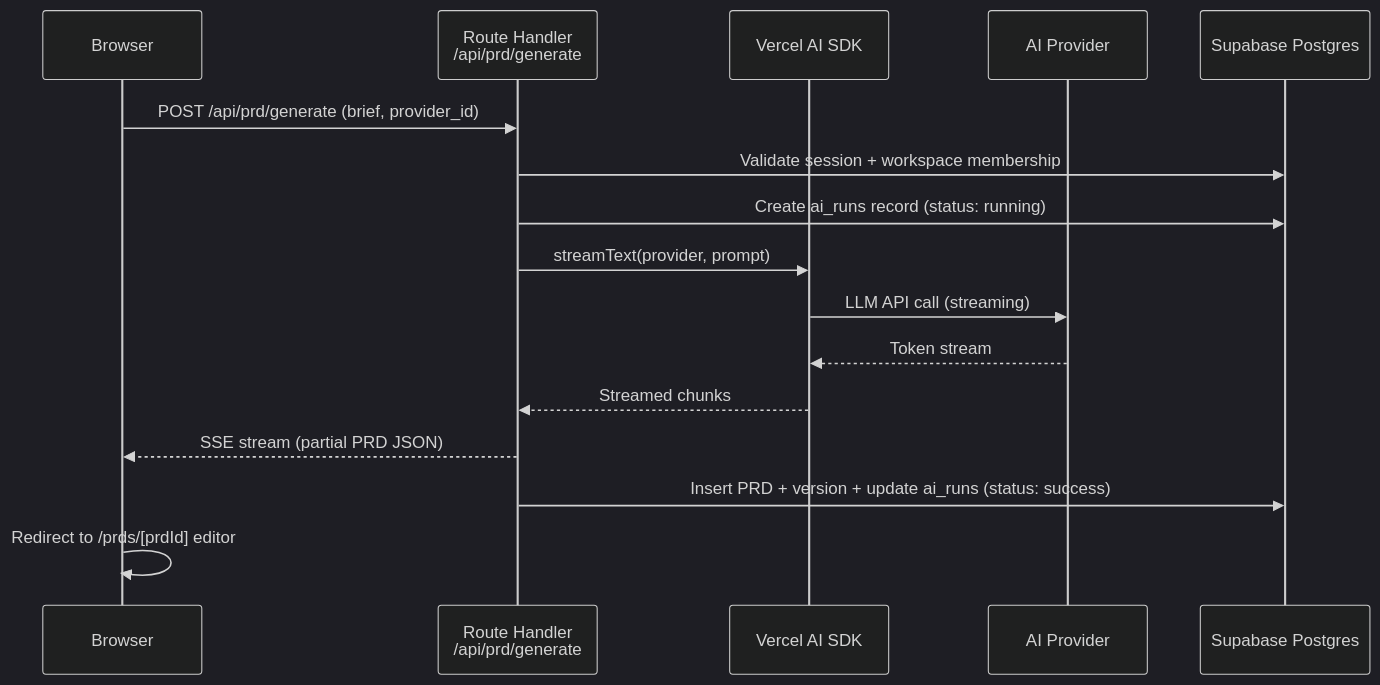
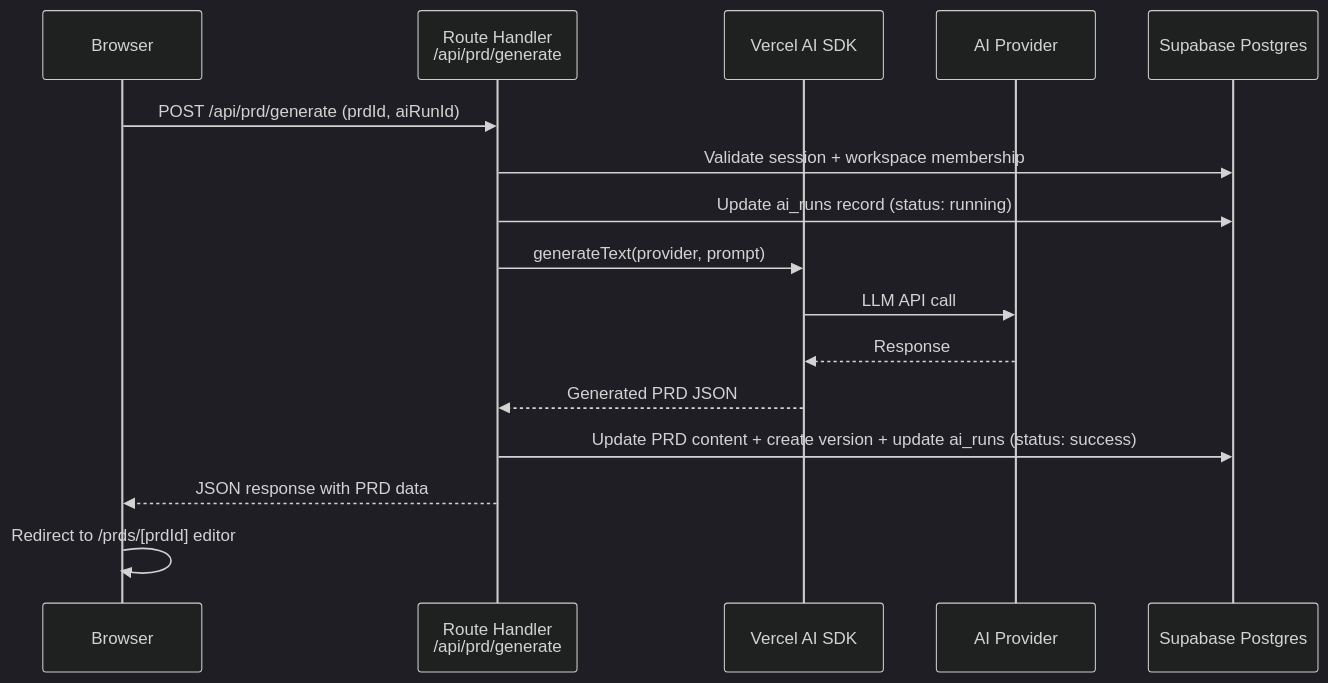
Before and after one commit to HakimIqbal/draftmind: the second of 2 diagrams in docs/ARCHITECTURE.md, drawn with Mermaid (dark theme). The commit also changed other lines of this file and 298 other files, not shown here.

````diff
--- a/docs/ARCHITECTURE.md
+++ b/docs/ARCHITECTURE.md
@@ -103,19 +126,19 @@
 ```mermaid
 sequenceDiagram
     participant B as Browser
     participant RH as Route Handler<br/>/api/prd/generate
     participant AI as Vercel AI SDK
     participant P as AI Provider
     participant DB as Supabase Postgres
 
-    B->>RH: POST /api/prd/generate (brief, provider_id)
+    B->>RH: POST /api/prd/generate (prdId, aiRunId)
     RH->>DB: Validate session + workspace membership
-    RH->>DB: Create ai_runs record (status: running)
-    RH->>AI: streamText(provider, prompt)
-    AI->>P: LLM API call (streaming)
-    P-->>AI: Token stream
-    AI-->>RH: Streamed chunks
-    RH-->>B: SSE stream (partial PRD JSON)
-    RH->>DB: Insert PRD + version + update ai_runs (status: success)
+    RH->>DB: Update ai_runs record (status: running)
+    RH->>AI: generateText(provider, prompt)
+    AI->>P: LLM API call
+    P-->>AI: Response
+    AI-->>RH: Generated PRD JSON
+    RH->>DB: Update PRD content + create version + update ai_runs (status: success)
+    RH-->>B: JSON response with PRD data
     B->>B: Redirect to /prds/[prdId] editor
 ```
````
